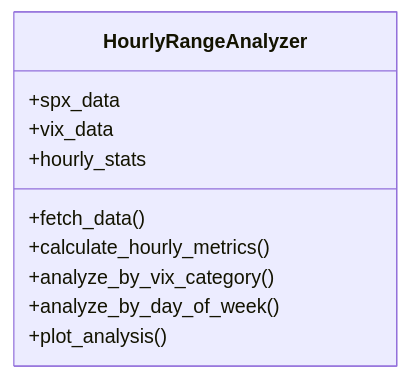
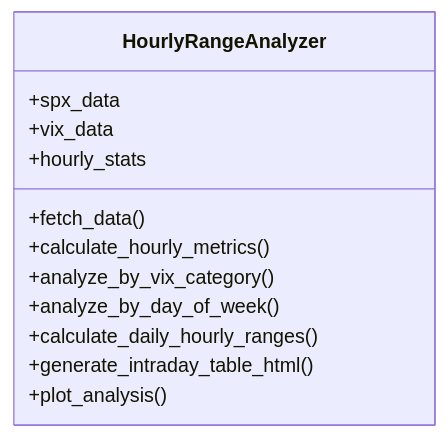
One commit to onlyspx/market-lens changed the second of 4 diagrams in docs/architecture.md. Above: the diagram before and after it, drawn with Mermaid. The commit also changed other lines of this file and 6 other files, not shown here.

First line of the commit message:
Add intraday range table feature with color-coded cells

````diff
--- a/docs/architecture.md
+++ b/docs/architecture.md
@@ -30,13 +30,15 @@
 ```mermaid
 classDiagram
     class HourlyRangeAnalyzer {
         +spx_data
         +vix_data
         +hourly_stats
         +fetch_data()
         +calculate_hourly_metrics()
         +analyze_by_vix_category()
         +analyze_by_day_of_week()
+        +calculate_daily_hourly_ranges()
+        +generate_intraday_table_html()
         +plot_analysis()
     }
 ```
````
